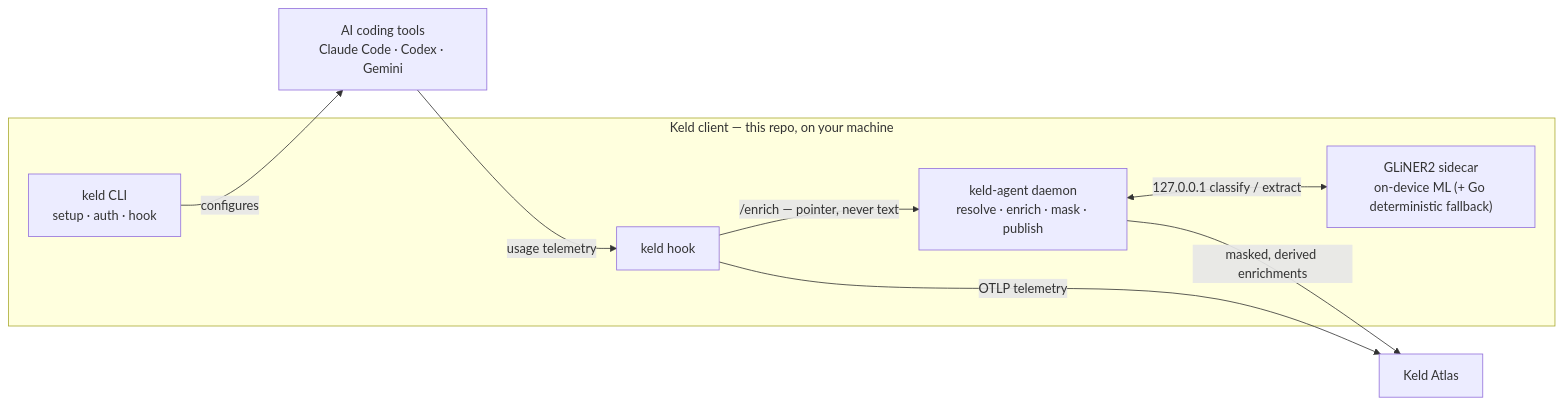
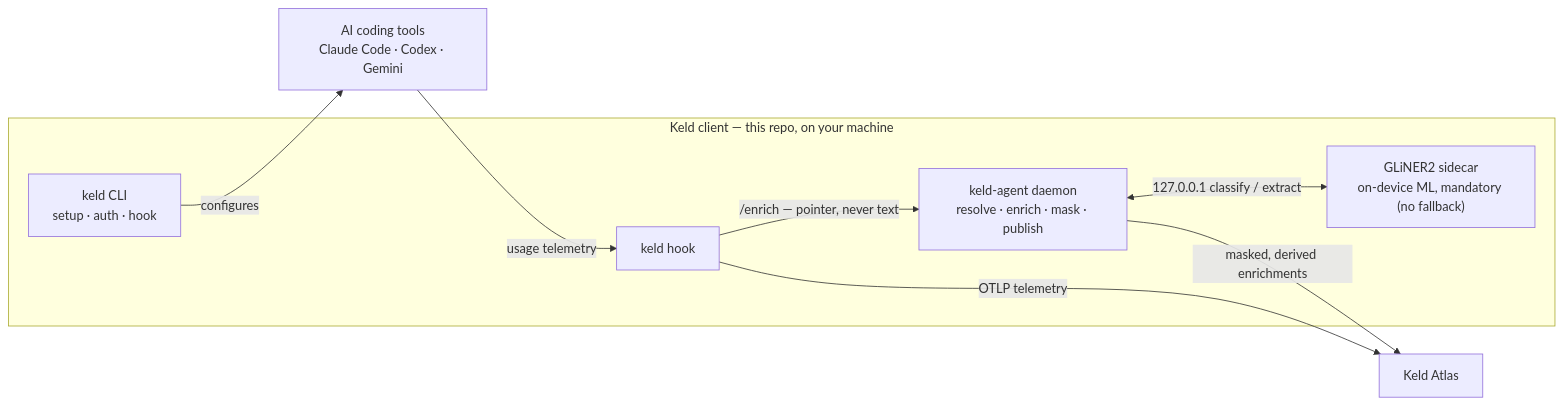
The first of 2 diagrams in README.md (ncx-ai/keld-signal), drawn with Mermaid before and after one commit. The commit also changed other lines of this file and 4 other files, not shown here.

````diff
--- a/README.md
+++ b/README.md
@@ -27,18 +27,18 @@
 ```mermaid
 flowchart LR
   Tools["AI coding tools<br/>Claude Code · Codex · Gemini"]
   subgraph Client["Keld client — this repo, on your machine"]
     CLI["keld CLI<br/>setup · auth · hook"]
     Hook["keld hook"]
     Agent["keld-agent daemon<br/>resolve · enrich · mask · publish"]
-    Sidecar["GLiNER2 sidecar<br/>on-device ML (+ Go deterministic fallback)"]
+    Sidecar["GLiNER2 sidecar<br/>on-device ML, mandatory (no fallback)"]
   end
   Atlas["Keld Atlas"]
 
   CLI -->|configures| Tools
   Tools -->|usage telemetry| Hook
   Hook -->|OTLP telemetry| Atlas
   Hook -->|"/enrich — pointer, never text"| Agent
   Agent <-->|"127.0.0.1 classify / extract"| Sidecar
   Agent -->|"masked, derived enrichments"| Atlas
 ```
````
